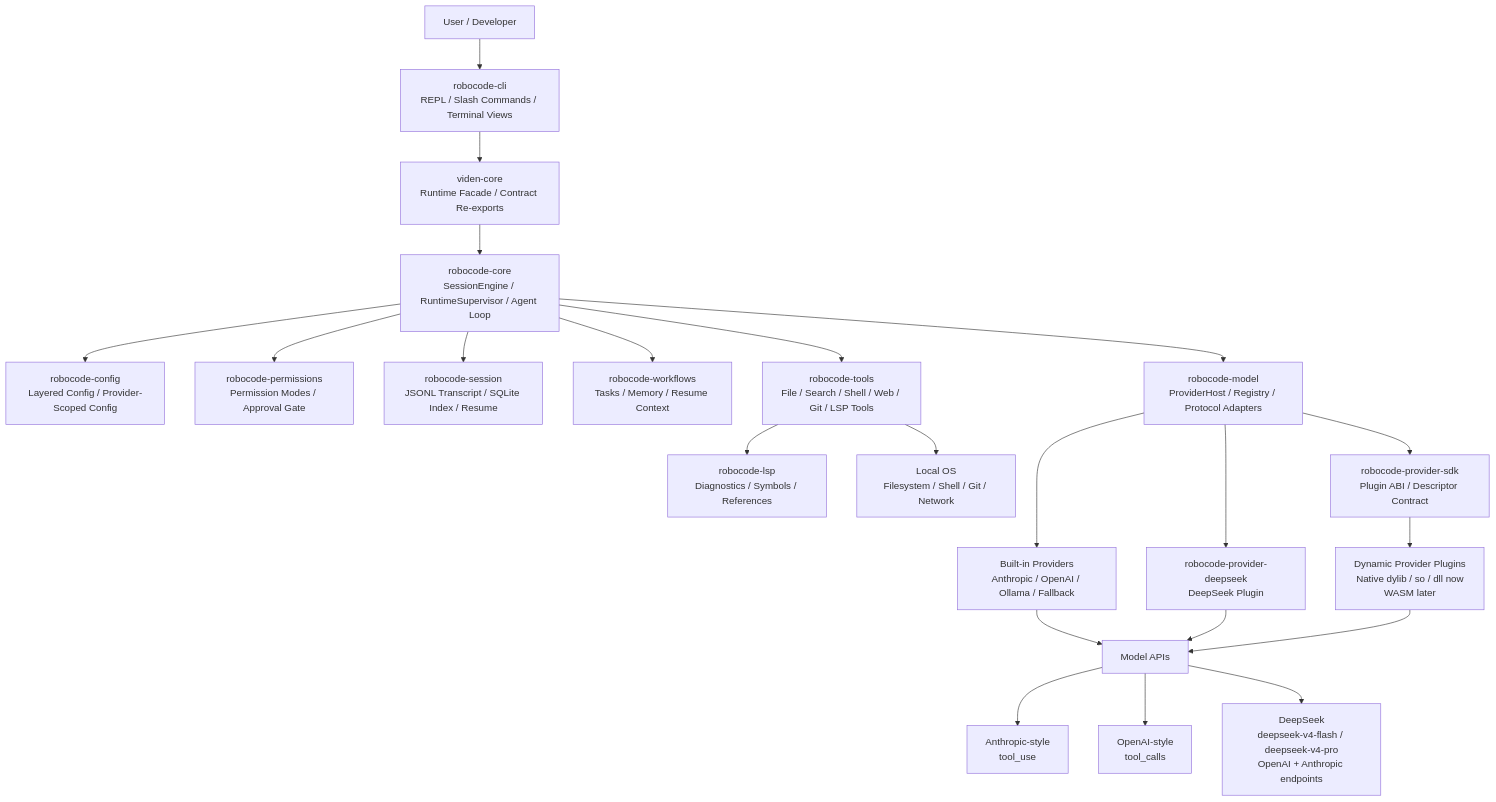
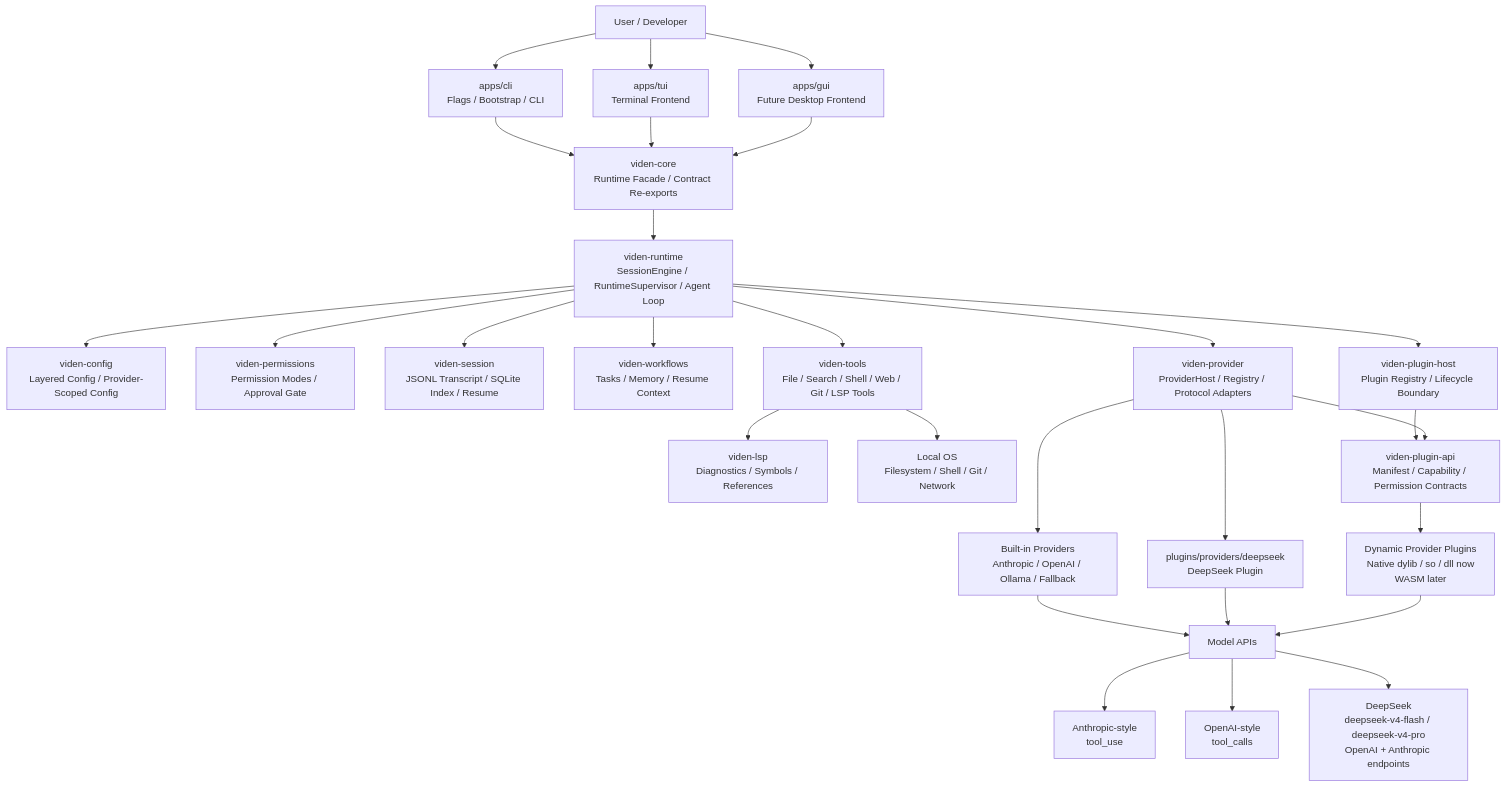
One commit to wikieden/robocode changed the first of 2 diagrams in docs/architecture.md. Above: the diagram before and after it, drawn with Mermaid. The commit also changed other lines of this file and 331 other files, not shown here.

Commit message:
refactor: reorganize workspace for viden plugins

````diff
--- a/docs/architecture.md
+++ b/docs/architecture.md
@@ -10,31 +11,37 @@
 ```mermaid
 flowchart TB
-    User["User / Developer"] --> CLI["robocode-cli<br/>REPL / Slash Commands / Terminal Views"]
+    User["User / Developer"] --> CLI["apps/cli<br/>Flags / Bootstrap / CLI"]
+    User --> TUI["apps/tui<br/>Terminal Frontend"]
+    User --> GUI["apps/gui<br/>Future Desktop Frontend"]
 
     CLI --> Facade["viden-core<br/>Runtime Facade / Contract Re-exports"]
-    Facade --> Core["robocode-core<br/>SessionEngine / RuntimeSupervisor / Agent Loop"]
+    TUI --> Facade
+    GUI --> Facade
+    Facade --> Core["viden-runtime<br/>SessionEngine / RuntimeSupervisor / Agent Loop"]
 
-    Core --> Config["robocode-config<br/>Layered Config / Provider-Scoped Config"]
-    Core --> Perm["robocode-permissions<br/>Permission Modes / Approval Gate"]
-    Core --> Session["robocode-session<br/>JSONL Transcript / SQLite Index / Resume"]
-    Core --> Workflows["robocode-workflows<br/>Tasks / Memory / Resume Context"]
-    Core --> Tools["robocode-tools<br/>File / Search / Shell / Web / Git / LSP Tools"]
-    Core --> Model["robocode-model<br/>ProviderHost / Registry / Protocol Adapters"]
+    Core --> Config["viden-config<br/>Layered Config / Provider-Scoped Config"]
+    Core --> Perm["viden-permissions<br/>Permission Modes / Approval Gate"]
+    Core --> Session["viden-session<br/>JSONL Transcript / SQLite Index / Resume"]
+    Core --> Workflows["viden-workflows<br/>Tasks / Memory / Resume Context"]
+    Core --> Tools["viden-tools<br/>File / Search / Shell / Web / Git / LSP Tools"]
+    Core --> Model["viden-provider<br/>ProviderHost / Registry / Protocol Adapters"]
 
-    Tools --> LSP["robocode-lsp<br/>Diagnostics / Symbols / References"]
+    Tools --> LSP["viden-lsp<br/>Diagnostics / Symbols / References"]
     Tools --> LocalOS["Local OS<br/>Filesystem / Shell / Git / Network"]
 
-    Model --> ProviderSDK["robocode-provider-sdk<br/>Plugin ABI / Descriptor Contract"]
+    Core --> PluginHost["viden-plugin-host<br/>Plugin Registry / Lifecycle Boundary"]
+    PluginHost --> ProviderSDK["viden-plugin-api<br/>Manifest / Capability / Permission Contracts"]
+    Model --> ProviderSDK
     Model --> Builtins["Built-in Providers<br/>Anthropic / OpenAI / Ollama / Fallback"]
-    Model --> DeepSeek["robocode-provider-deepseek<br/>DeepSeek Plugin"]
+    Model --> DeepSeek["plugins/providers/deepseek<br/>DeepSeek Plugin"]
 
     ProviderSDK --> DynamicPlugins["Dynamic Provider Plugins<br/>Native dylib / so / dll now<br/>WASM later"]
 
     Builtins --> APIs["Model APIs"]
     DeepSeek --> APIs
     DynamicPlugins --> APIs
 
     APIs --> Anthropic["Anthropic-style<br/>tool_use"]
     APIs --> OpenAI["OpenAI-style<br/>tool_calls"]
     APIs --> DeepSeekAPI["DeepSeek<br/>deepseek-v4-flash / deepseek-v4-pro<br/>OpenAI + Anthropic endpoints"]
 ```
````
